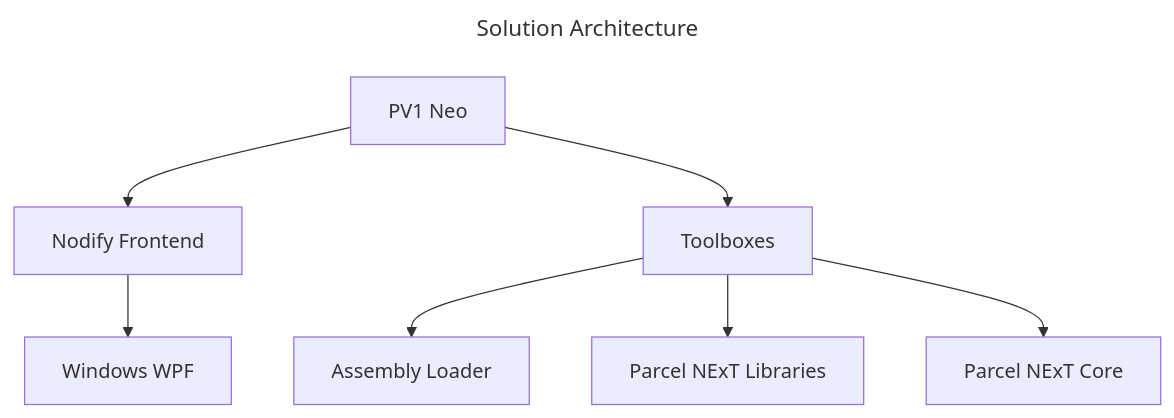
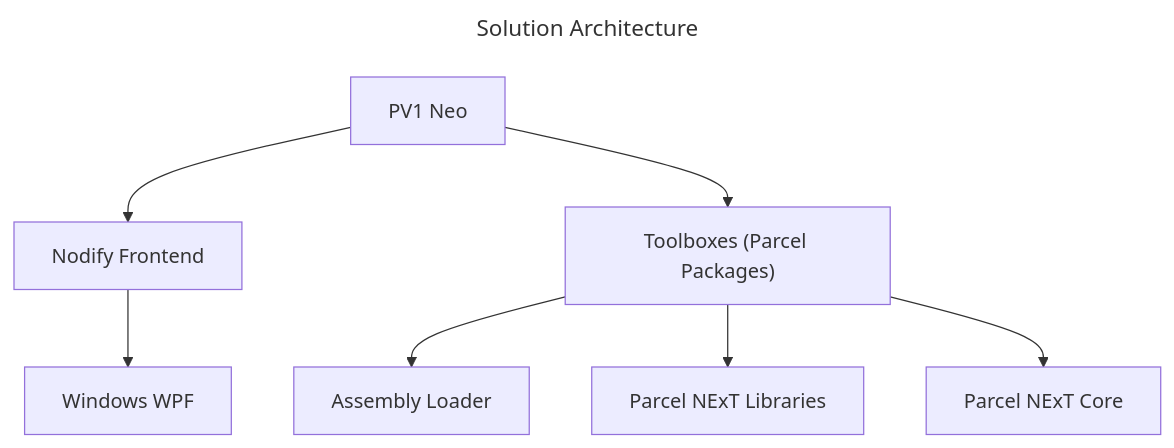
Before and after one commit to Charles-Zhang-Parcel/PV1_Neo_TestBuilds: the diagram in README.md, drawn with Mermaid. The commit also changed other lines of this file and 1 other file, not shown here.

````diff
--- a/README.md
+++ b/README.md
@@ -8,21 +13,21 @@
 ```mermaid
 ---
 title: Solution Architecture
 ---
 flowchart TD
-    id010[PV1 Neo]
-    id020[Nodify Frontend]
-    id040[Parcel NExT Core]
-    id030[Toolboxes]
-    id050[Windows WPF]
-    id060[Assembly Loader]
-    id070[Parcel NExT Libraries]
+    id010["PV1 Neo"]
+    id020["Nodify Frontend"]
+    id040["Parcel NExT Core"]
+    id030["Toolboxes (Parcel Packages)"]
+    id050["Windows WPF"]
+    id060["Assembly Loader"]
+    id070["Parcel NExT Libraries"]
 
     id010 --> id020
     id010 --> id030
     id020 --> id050
 
     id030 --> id060 
     id030 --> id070
     id030 --> id040
 ```
````
